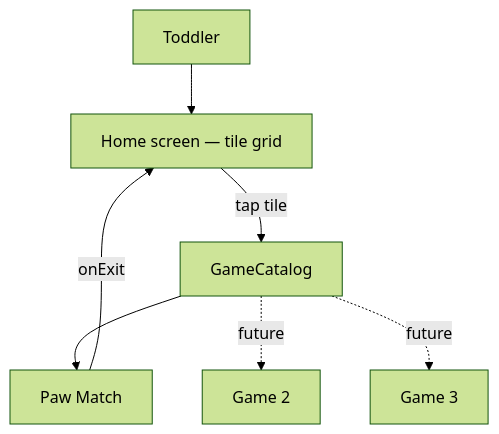
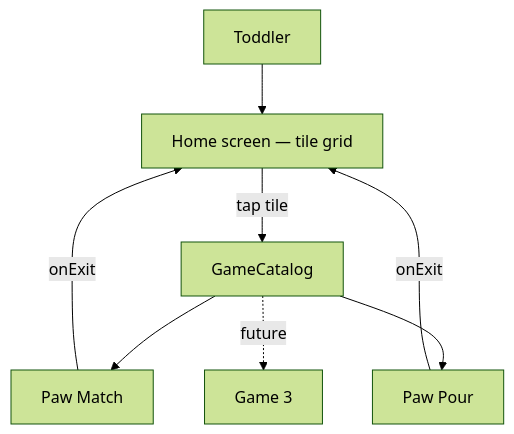
The diagram in docs/ARCHITECTURE.md (ribenajuice/paw-play), drawn with Mermaid (forest theme) before and after one commit. The commit also changed other lines of this file and 2 other files, not shown here.

Commit message:
Document Paw Pour architecture, solver decision and motion tokens

````diff
--- a/docs/ARCHITECTURE.md
+++ b/docs/ARCHITECTURE.md
@@ -29,9 +29,10 @@
 ```mermaid
 flowchart TB
     P[Toddler] --> HOME[Home screen — tile grid]
     HOME -->|tap tile| CATALOG[GameCatalog]
     CATALOG --> G1[Paw Match]
-    CATALOG -.->|future| G2[Game 2]
+    CATALOG --> G2[Paw Pour]
     CATALOG -.->|future| G3[Game 3]
     G1 -->|onExit| HOME
+    G2 -->|onExit| HOME
 ```
````
